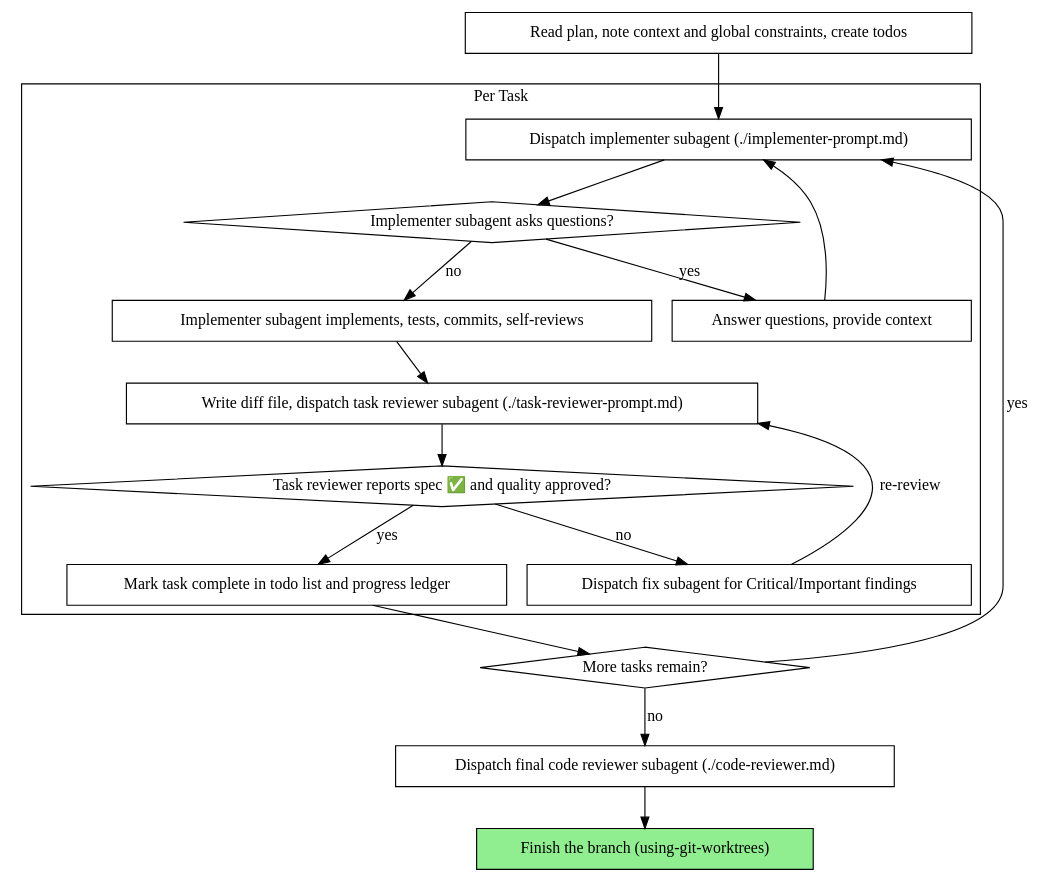
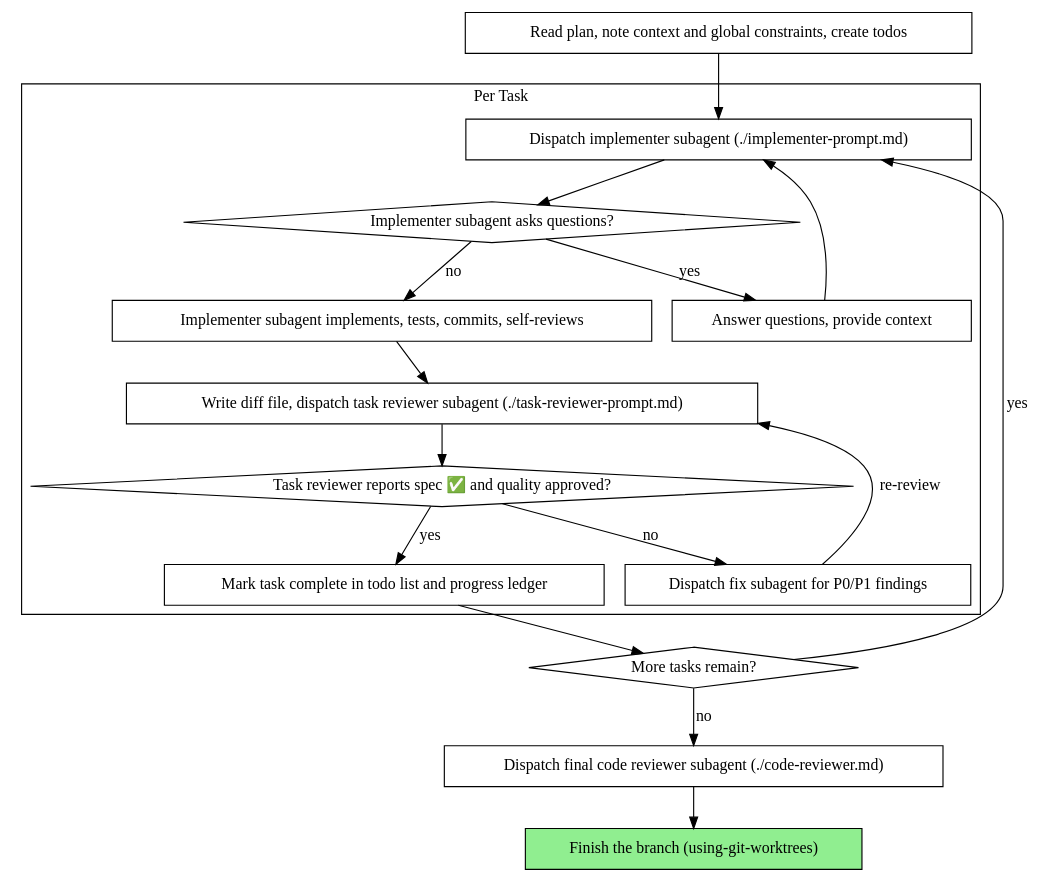
One commit to Go1c/LumioAgent changed the second of 2 diagrams in .spec/skills/subagent-driven-development/SKILL.md. Above: the diagram before and after it, drawn with Graphviz. The commit also changed other lines of this file and 4 other files, not shown here.

````diff
--- a/.spec/skills/subagent-driven-development/SKILL.md
+++ b/.spec/skills/subagent-driven-development/SKILL.md
@@ -46,37 +46,37 @@
 ```dot
 digraph process {
     rankdir=TB;
 
     subgraph cluster_per_task {
         label="Per Task";
         "Dispatch implementer subagent (./implementer-prompt.md)" [shape=box];
         "Implementer subagent asks questions?" [shape=diamond];
         "Answer questions, provide context" [shape=box];
         "Implementer subagent implements, tests, commits, self-reviews" [shape=box];
         "Write diff file, dispatch task reviewer subagent (./task-reviewer-prompt.md)" [shape=box];
         "Task reviewer reports spec ✅ and quality approved?" [shape=diamond];
-        "Dispatch fix subagent for Critical/Important findings" [shape=box];
+        "Dispatch fix subagent for P0/P1 findings" [shape=box];
         "Mark task complete in todo list and progress ledger" [shape=box];
     }
 
     "Read plan, note context and global constraints, create todos" [shape=box];
     "More tasks remain?" [shape=diamond];
     "Dispatch final code reviewer subagent (./code-reviewer.md)" [shape=box];
     "Finish the branch (using-git-worktrees)" [shape=box style=filled fillcolor=lightgreen];
 
     "Read plan, note context and global constraints, create todos" -> "Dispatch implementer subagent (./implementer-prompt.md)";
     "Dispatch implementer subagent (./implementer-prompt.md)" -> "Implementer subagent asks questions?";
     "Implementer subagent asks questions?" -> "Answer questions, provide context" [label="yes"];
     "Answer questions, provide context" -> "Dispatch implementer subagent (./implementer-prompt.md)";
     "Implementer subagent asks questions?" -> "Implementer subagent implements, tests, commits, self-reviews" [label="no"];
     "Implementer subagent implements, tests, commits, self-reviews" -> "Write diff file, dispatch task reviewer subagent (./task-reviewer-prompt.md)";
     "Write diff file, dispatch task reviewer subagent (./task-reviewer-prompt.md)" -> "Task reviewer reports spec ✅ and quality approved?";
-    "Task reviewer reports spec ✅ and quality approved?" -> "Dispatch fix subagent for Critical/Important findings" [label="no"];
-    "Dispatch fix subagent for Critical/Important findings" -> "Write diff file, dispatch task reviewer subagent (./task-reviewer-prompt.md)" [label="re-review"];
+    "Task reviewer reports spec ✅ and quality approved?" -> "Dispatch fix subagent for P0/P1 findings" [label="no"];
+    "Dispatch fix subagent for P0/P1 findings" -> "Write diff file, dispatch task reviewer subagent (./task-reviewer-prompt.md)" [label="re-review"];
     "Task reviewer reports spec ✅ and quality approved?" -> "Mark task complete in todo list and progress ledger" [label="yes"];
     "Mark task complete in todo list and progress ledger" -> "More tasks remain?";
     "More tasks remain?" -> "Dispatch implementer subagent (./implementer-prompt.md)" [label="yes"];
     "More tasks remain?" -> "Dispatch final code reviewer subagent (./code-reviewer.md)" [label="no"];
     "Dispatch final code reviewer subagent (./code-reviewer.md)" -> "Finish the branch (using-git-worktrees)";
 }
 ```
````
